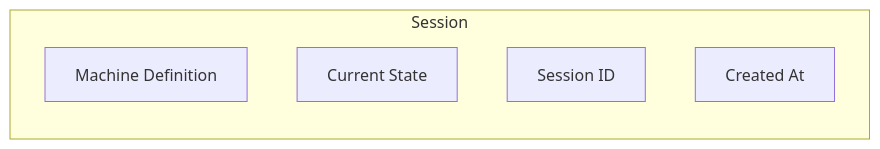
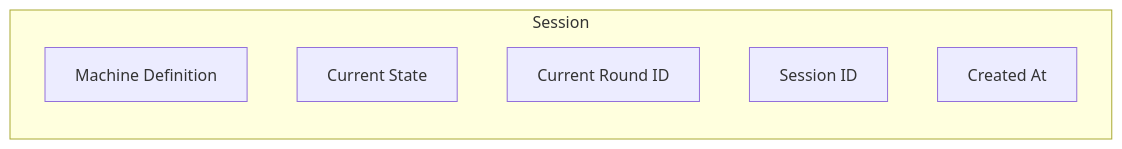
One commit to eloquentanalytics/dialai changed the diagram in website/docs/concepts/sessions.md. Above: the diagram before and after it, drawn with Mermaid. The commit also changed other lines of this file and 18 other files, not shown here.

````diff
--- a/website/docs/concepts/sessions.md
+++ b/website/docs/concepts/sessions.md
@@ -18,9 +19,10 @@
 ```mermaid
 graph LR
     subgraph Session
         D[Machine Definition]
         C[Current State]
+        R[Current Round ID]
         I[Session ID]
         T[Created At]
     end
 ```
````
